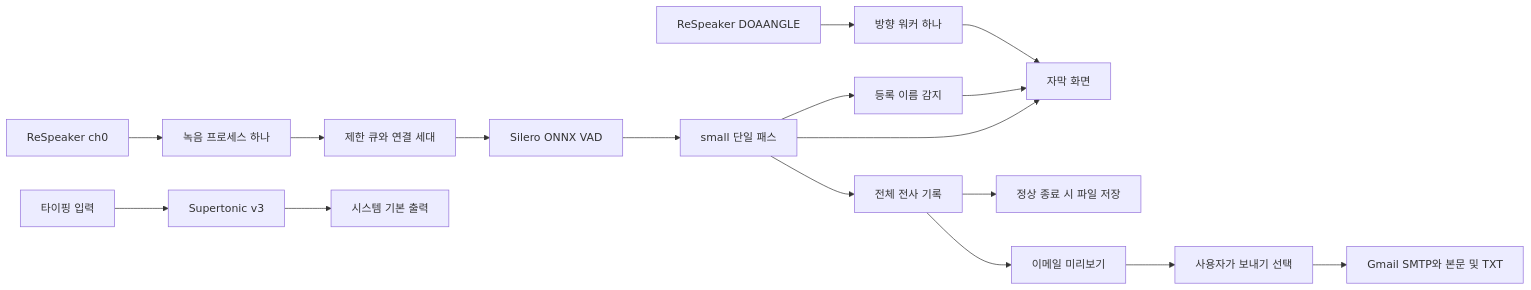
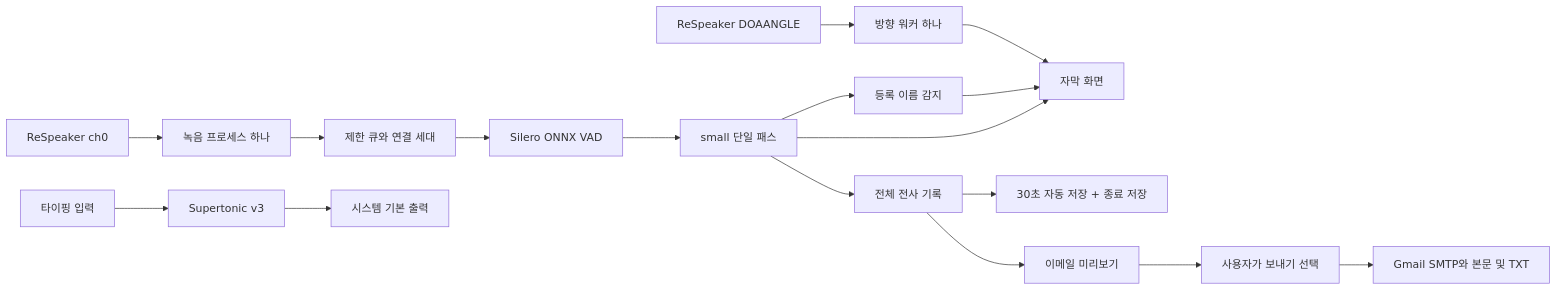
Before and after one commit to jueonkangg/soribom: the diagram in docs/02-system-design.md, drawn with Mermaid. The commit also changed other lines of this file and 14 other files, not shown here.

````diff
--- a/docs/02-system-design.md
+++ b/docs/02-system-design.md
@@ -14,19 +14,19 @@
 ```mermaid
 flowchart LR
     Mic[ReSpeaker ch0] --> Capture[녹음 프로세스 하나]
     Capture --> Buffer[제한 큐와 연결 세대]
     Buffer --> VAD[Silero ONNX VAD]
     VAD --> STT[small 단일 패스]
     STT --> UI[자막 화면]
     STT --> Names[등록 이름 감지]
     Names --> UI
     STT --> Notes[전체 전사 기록]
     USB[ReSpeaker DOAANGLE] --> Direction[방향 워커 하나]
     Direction --> UI
     Input[타이핑 입력] --> TTS[Supertonic v3]
     TTS --> Speaker[시스템 기본 출력]
-    Notes --> Save[정상 종료 시 파일 저장]
+    Notes --> Save[30초 자동 저장 + 종료 저장]
     Notes --> Preview[이메일 미리보기]
     Preview --> Send[사용자가 보내기 선택]
     Send --> Gmail[Gmail SMTP와 본문 및 TXT]
 ```
````
